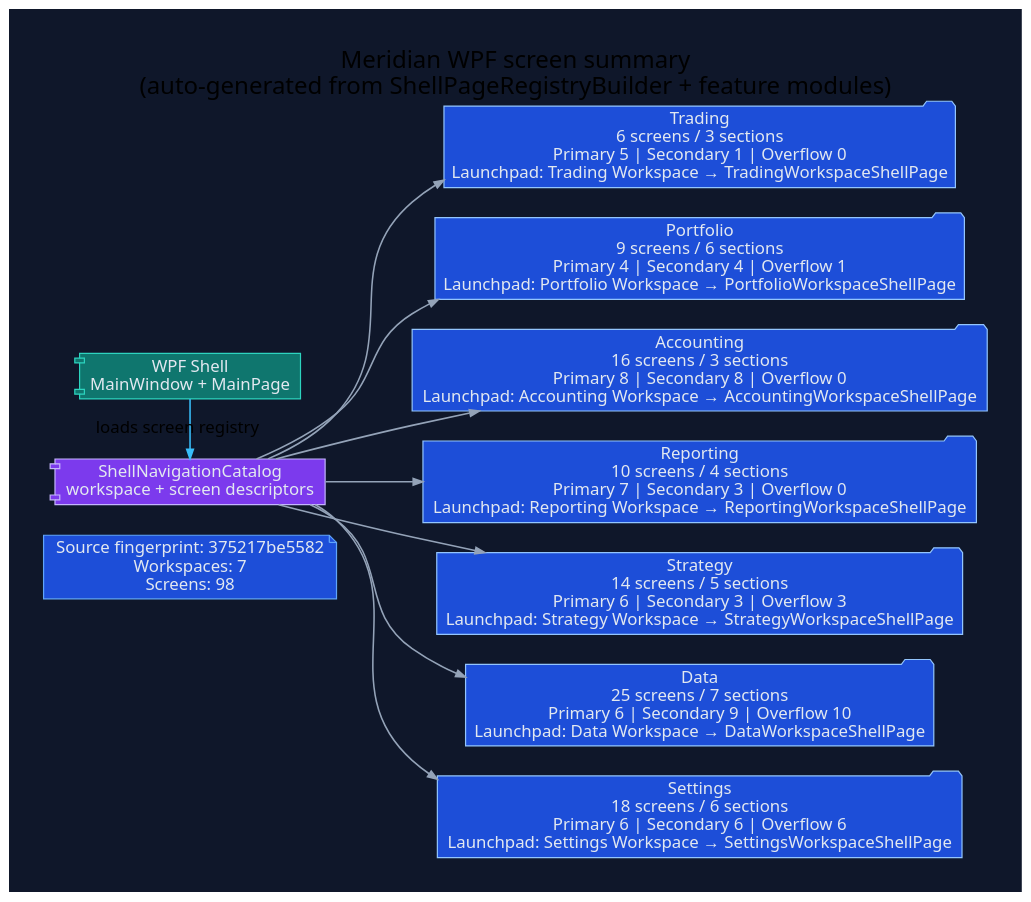
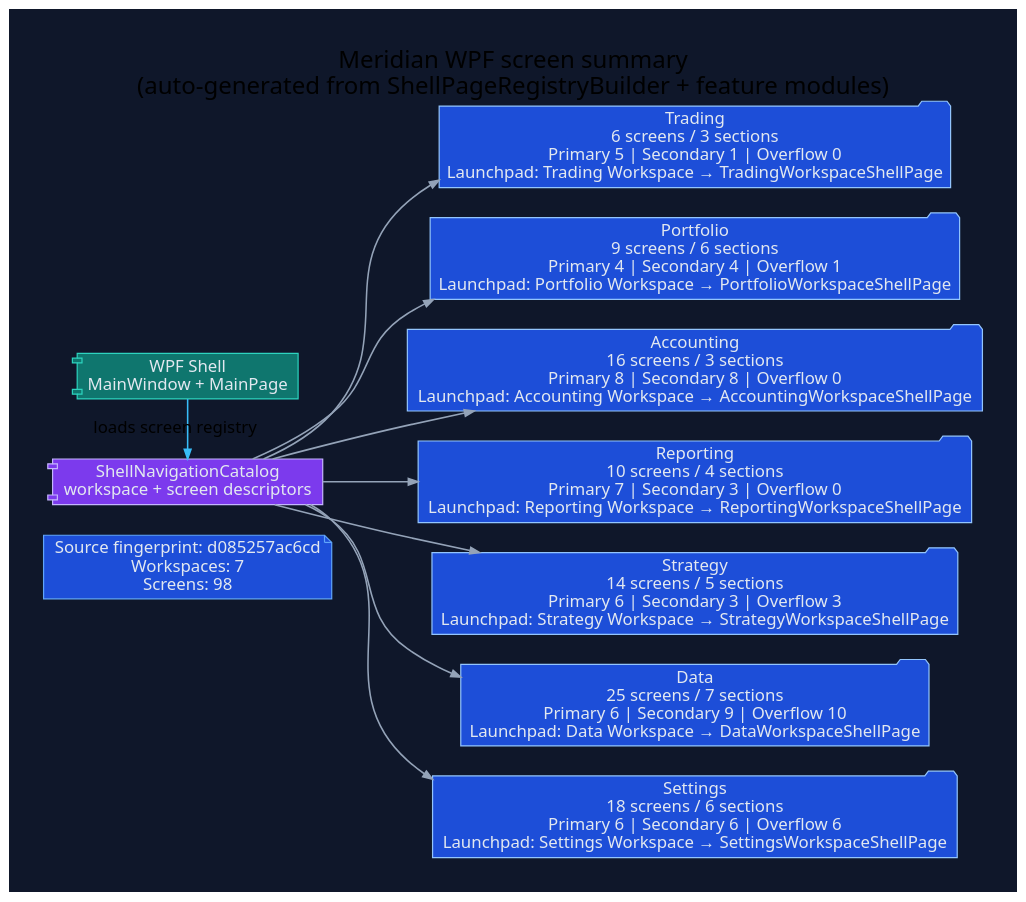
The diagram in docs/diagrams/ui-wpf-screen-summary.dot (rodoHasArrived/Meridian-main), drawn with Graphviz before and after one commit. The commit also changed 191 other files, not shown here.

```diff
--- a/docs/diagrams/ui-wpf-screen-summary.dot
+++ b/docs/diagrams/ui-wpf-screen-summary.dot
@@ -1,42 +1,42 @@
 // -----------------------------------------------------------------------------
 // <auto-generated>
 // Generated by scripts/generate-diagrams.mjs.
 // Do not edit this file directly; update the WPF source files instead.
 // -----------------------------------------------------------------------------
 digraph WpfScreenSummary {
   graph [
     rankdir=LR,
     labelloc=t,
     label="Meridian WPF screen summary\n(auto-generated from ShellPageRegistryBuilder + feature modules)",
     fontname="Segoe UI",
     fontsize=20,
     pad=0.4,
     nodesep=0.35,
     ranksep=0.85,
     bgcolor="#0f172a"
   ];
   node [fontname="Segoe UI", shape=box, style="rounded,filled", color="#475569", fontcolor="#e2e8f0", fillcolor="#1e293b"];
   edge [fontname="Segoe UI", color="#94a3b8", penwidth=1.3, arrowsize=0.8];
 
-  generated [shape=note, fillcolor="#1d4ed8", color="#60a5fa", label="Source fingerprint: 375217be5582\nWorkspaces: 7\nScreens: 98"];
+  generated [shape=note, fillcolor="#1d4ed8", color="#60a5fa", label="Source fingerprint: d085257ac6cd\nWorkspaces: 7\nScreens: 98"];
   shell [shape=component, fillcolor="#0f766e", color="#2dd4bf", label="WPF Shell\nMainWindow + MainPage"];
   catalog [shape=component, fillcolor="#7c3aed", color="#c4b5fd", label="ShellNavigationCatalog\nworkspace + screen descriptors"];
   shell -> catalog [label="loads screen registry", color="#38bdf8"];
 
   workspace_1 [shape=folder, fillcolor="#1d4ed8", color="#93c5fd", label="Trading\n6 screens / 3 sections\nPrimary 5 | Secondary 1 | Overflow 0\nLaunchpad: Trading Workspace → TradingWorkspaceShellPage"];
   catalog -> workspace_1;
   workspace_2 [shape=folder, fillcolor="#1d4ed8", color="#93c5fd", label="Portfolio\n9 screens / 6 sections\nPrimary 4 | Secondary 4 | Overflow 1\nLaunchpad: Portfolio Workspace → PortfolioWorkspaceShellPage"];
   catalog -> workspace_2;
   workspace_3 [shape=folder, fillcolor="#1d4ed8", color="#93c5fd", label="Accounting\n16 screens / 3 sections\nPrimary 8 | Secondary 8 | Overflow 0\nLaunchpad: Accounting Workspace → AccountingWorkspaceShellPage"];
   catalog -> workspace_3;
   workspace_4 [shape=folder, fillcolor="#1d4ed8", color="#93c5fd", label="Reporting\n10 screens / 4 sections\nPrimary 7 | Secondary 3 | Overflow 0\nLaunchpad: Reporting Workspace → ReportingWorkspaceShellPage"];
   catalog -> workspace_4;
   workspace_5 [shape=folder, fillcolor="#1d4ed8", color="#93c5fd", label="Strategy\n14 screens / 5 sections\nPrimary 6 | Secondary 3 | Overflow 3\nLaunchpad: Strategy Workspace → StrategyWorkspaceShellPage"];
   catalog -> workspace_5;
   workspace_6 [shape=folder, fillcolor="#1d4ed8", color="#93c5fd", label="Data\n25 screens / 7 sections\nPrimary 6 | Secondary 9 | Overflow 10\nLaunchpad: Data Workspace → DataWorkspaceShellPage"];
   catalog -> workspace_6;
   workspace_7 [shape=folder, fillcolor="#1d4ed8", color="#93c5fd", label="Settings\n18 screens / 6 sections\nPrimary 6 | Secondary 6 | Overflow 6\nLaunchpad: Settings Workspace → SettingsWorkspaceShellPage"];
   catalog -> workspace_7;
 
   { rank=min; generated; shell; catalog; }
 }
```
